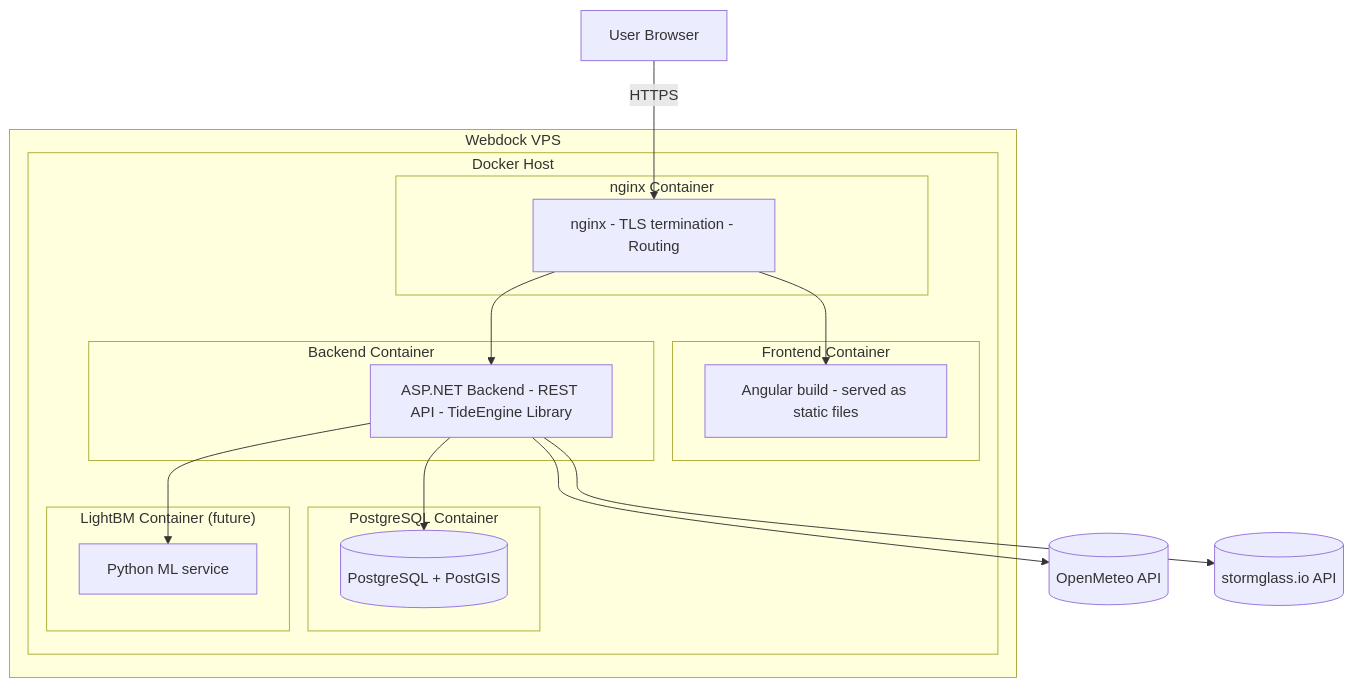
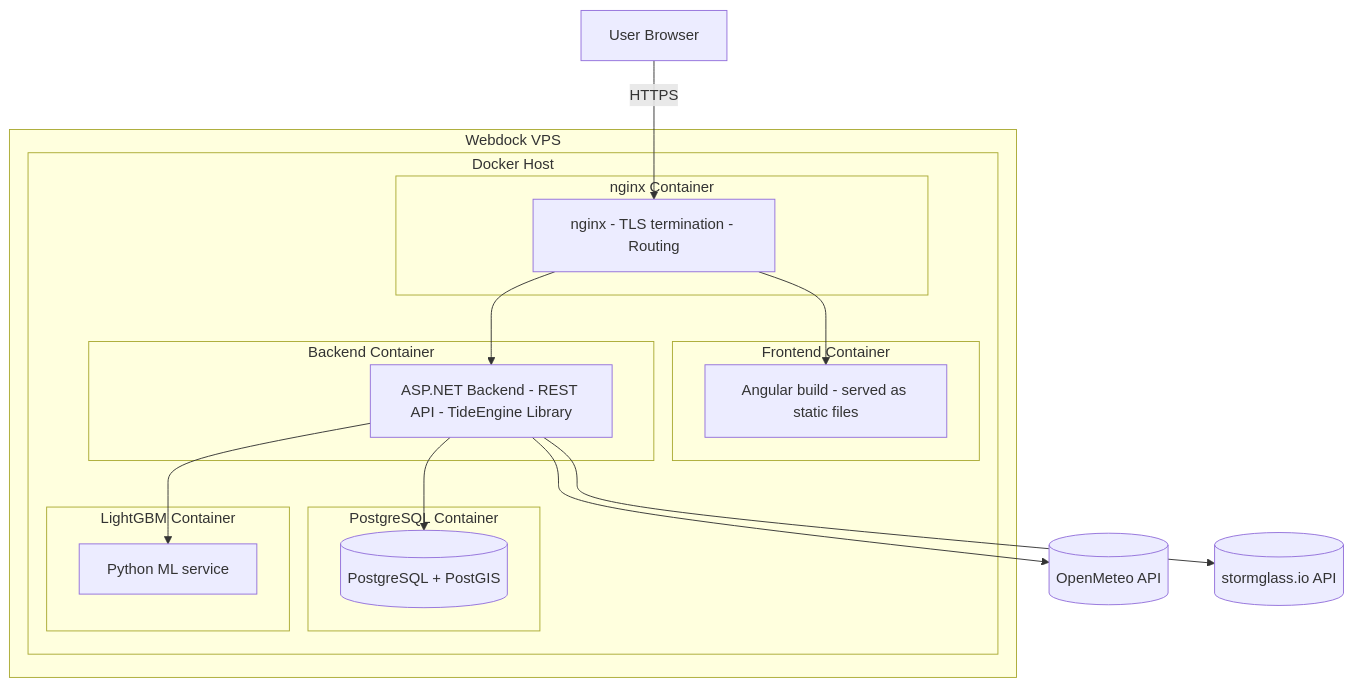
One commit to tmbnrt/SurfScout_App changed the third of 3 diagrams in README.md. Above: the diagram before and after it, drawn with Mermaid. The commit also changed other lines of this file, not shown here.

````diff
--- a/README.md
+++ b/README.md
@@ -123,41 +123,41 @@
 ```mermaid
 flowchart TB
 
     subgraph Webdock["Webdock VPS"]
         subgraph DockerHost["Docker Host"]
 
             subgraph Proxy["nginx Container"]
                 NGINX2["nginx - TLS termination - Routing"]
             end
 
             subgraph FrontendC["Frontend Container"]
                 FE2["Angular build - served as static files"]
             end
 
             subgraph BackendC["Backend Container"]
                 BE2["ASP.NET Backend - REST API - TideEngine Library"]
             end
 
             subgraph DBC["PostgreSQL Container"]
                 DB2[("PostgreSQL + PostGIS")]
             end
 
-            subgraph MLC["LightBM Container (future)"]
+            subgraph MLC["LightGBM Container"]
                 LightBM3["Python ML service"]
             end
 
         end
     end
 
     OpenMeteo3[("OpenMeteo API")]
     Stormglass3[("stormglass.io API")]
 
     User3["User Browser"] -->|"HTTPS"| NGINX2
     NGINX2 --> FE2
     NGINX2 --> BE2
 
     BE2 --> DB2
     BE2 --> OpenMeteo3
     BE2 --> Stormglass3
     BE2 --> LightBM3
 ```
````
